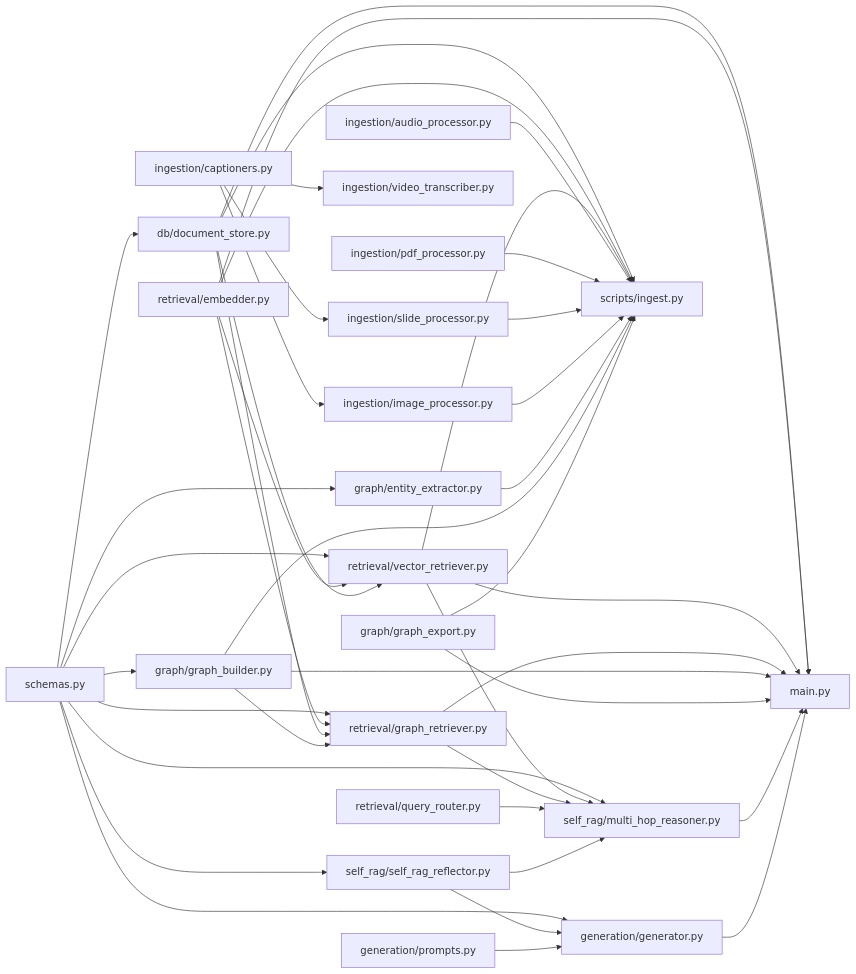
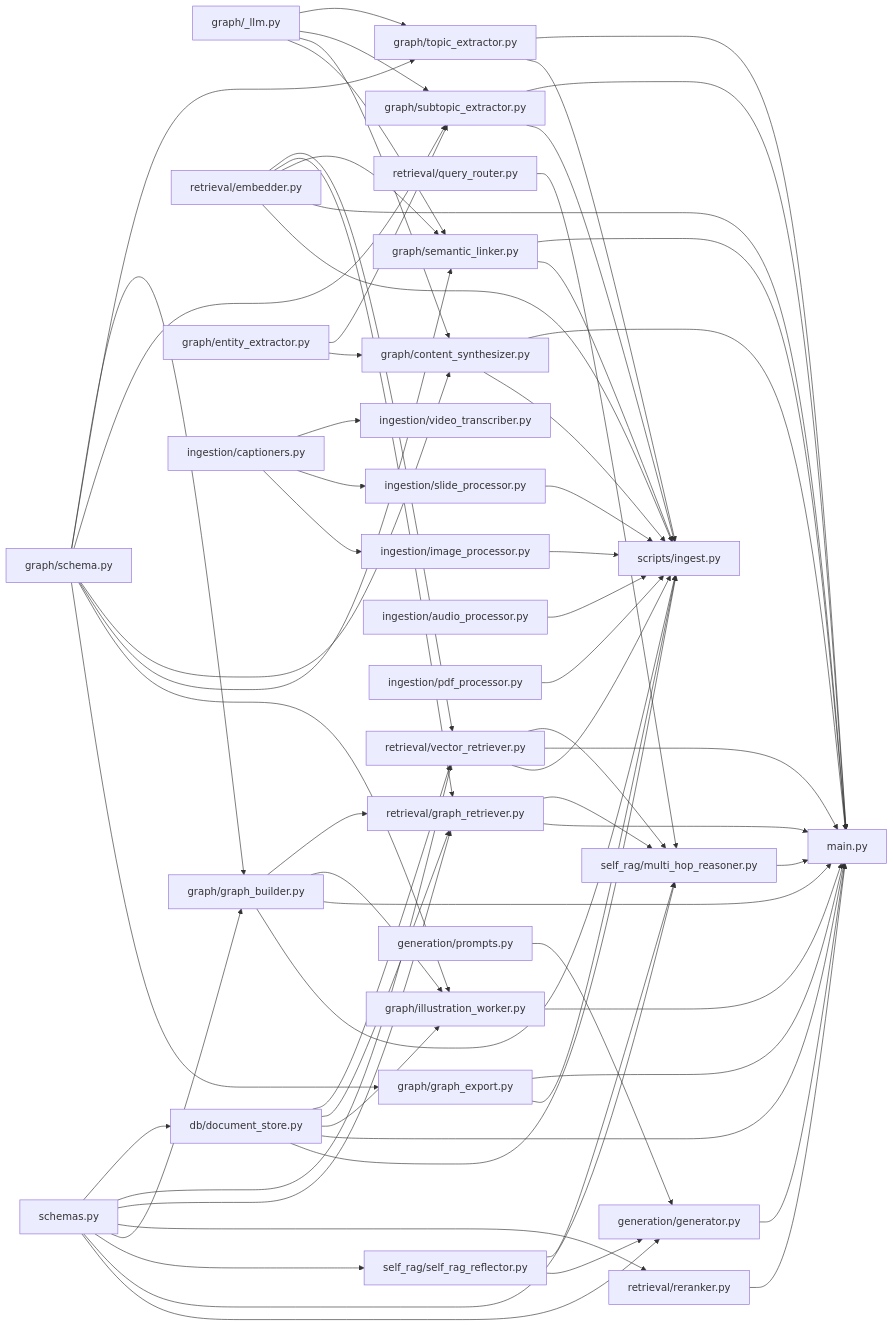
One commit to karaberke/luminrag changed diagram 12 of 12 in code_logic.md. Above: the diagram before and after it, drawn with Mermaid. The commit also changed other lines of this file and 32 other files, not shown here.

````diff
--- a/code_logic.md
+++ b/code_logic.md
@@ -382,6 +465,8 @@
 ```mermaid
 flowchart LR
     schemas["schemas.py"]
+    gschema["graph/schema.py"]
+    gllm["graph/_llm.py"]
 
     main["main.py"]
     doc["db/document_store.py"]
@@ -389,8 +474,14 @@
     vi["retrieval/vector_retriever.py"]
     gr["retrieval/graph_retriever.py"]
     qr["retrieval/query_router.py"]
+    rr["retrieval/reranker.py"]
     gb["graph/graph_builder.py"]
     ee["graph/entity_extractor.py"]
+    te["graph/topic_extractor.py"]
+    ste["graph/subtopic_extractor.py"]
+    cs["graph/content_synthesizer.py"]
+    sl["graph/semantic_linker.py"]
+    iw["graph/illustration_worker.py"]
     ge["graph/graph_export.py"]
     cap["ingestion/captioners.py"]
     vt["ingestion/video_transcriber.py"]
@@ -408,11 +499,26 @@
     schemas --> doc
     schemas --> vi
     schemas --> gr
+    schemas --> rr
     schemas --> gb
-    schemas --> ee
     schemas --> sr
     schemas --> mhr
     schemas --> gen
+
+    %% graph/schema + shared LLM helper underpin every Stage 1.2-1.5 extractor
+    gschema --> gb
+    gschema --> te
+    gschema --> ste
+    gschema --> cs
+    gschema --> sl
+    gschema --> iw
+    gschema --> ge
+    gllm --> te
+    gllm --> ste
+    gllm --> cs
+    gllm --> sl
+    ee --> ste
+    ee --> cs
 
     %% ingestion processors
     cap --> vt
@@ -422,9 +528,12 @@
     %% retrieval
     emb --> vi
     emb --> gr
+    emb --> sl
     doc --> vi
     doc --> gr
     gb --> gr
+    gb --> iw
+    doc --> iw
 
     %% reasoning
     vi --> mhr
@@ -439,12 +548,18 @@
     emb --> main
     vi --> main
     gr --> main
+    rr --> main
     gb --> main
     ge --> main
+    iw --> main
+    te --> main
+    ste --> main
+    cs --> main
+    sl --> main
     mhr --> main
     gen --> main
 
-    %% CLI script
+    %% CLI script mirrors main's ingest path
     doc --> ingest
     emb --> ingest
     vi --> ingest
@@ -452,7 +567,10 @@
     pp --> ingest
     sp --> ingest
     ip --> ingest
-    ee --> ingest
+    te --> ingest
+    ste --> ingest
+    cs --> ingest
+    sl --> ingest
     gb --> ingest
     ge --> ingest
 ```
````
